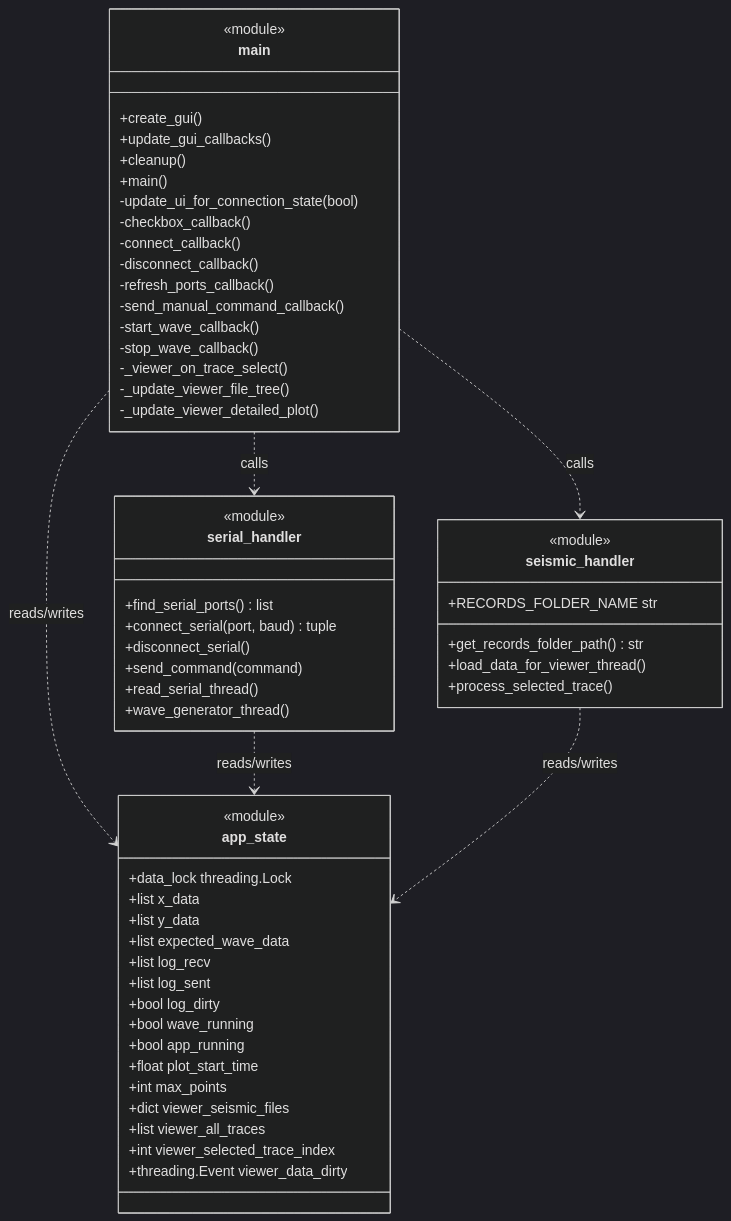
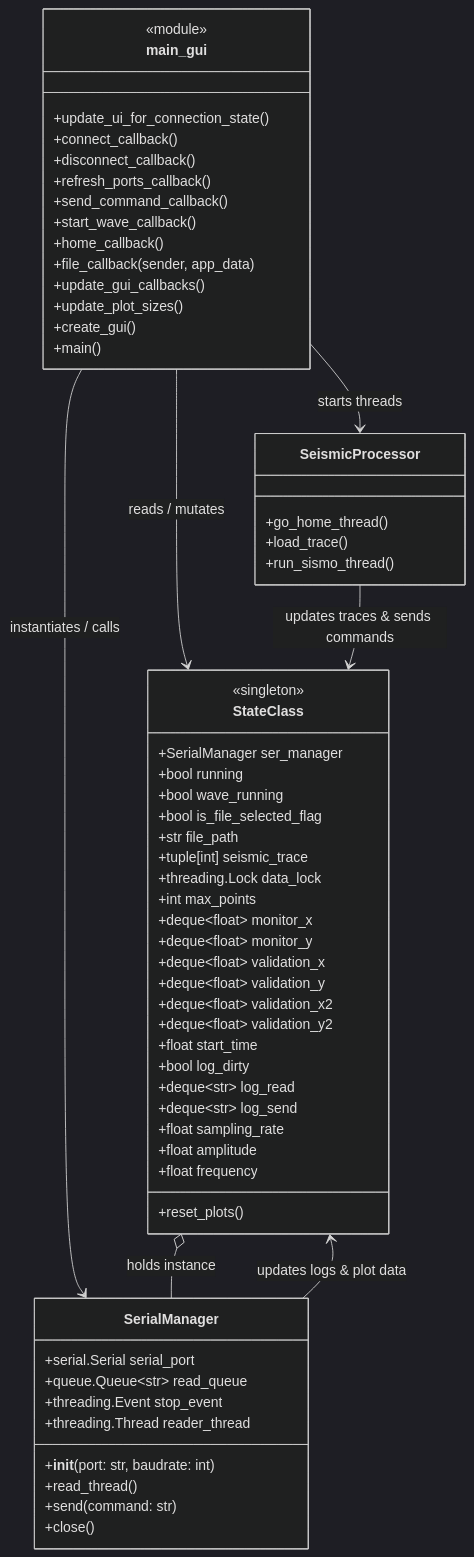
The second of 3 diagrams in README.md (jsebastian2707/sistema-mesa-sismica), drawn with Mermaid (dark theme) before and after one commit.

Commit message:
update the class diagram

````diff
--- a/README.md
+++ b/README.md
@@ -40,65 +40,75 @@
 ```mermaid
 classDiagram
-    class app_state {
-        <<module>>
-        +data_lock threading.Lock
-        +list x_data
-        +list y_data
-        +list expected_wave_data
-        +list log_recv
-        +list log_sent
+
+    %% STATE MANAGEMENT
+    class StateClass {
+        <<singleton>>
+        +SerialManager ser_manager
+        +bool running
+        +bool wave_running
+        +bool is_file_selected_flag
+        +str file_path
+        +tuple[int] seismic_trace
+        +threading.Lock data_lock
+        +int max_points
+        +deque~float~ monitor_x
+        +deque~float~ monitor_y
+        +deque~float~ validation_x
+        +deque~float~ validation_y
+        +deque~float~ validation_x2
+        +deque~float~ validation_y2
+        +float start_time
         +bool log_dirty
-        +bool wave_running
-        +bool app_running
-        +float plot_start_time
-        +int max_points
-        +dict viewer_seismic_files
-        +list viewer_all_traces
-        +int viewer_selected_trace_index
-        +threading.Event viewer_data_dirty
+        +deque~str~ log_read
+        +deque~str~ log_send
+        +float sampling_rate
+        +float amplitude
+        +float frequency
+        +reset_plots()
     }
 
-    class main {
-        <<module>>
-        +create_gui()
-        +update_gui_callbacks()
-        +cleanup()
-        +main()
-        -update_ui_for_connection_state(bool)
-        -checkbox_callback()
-        -connect_callback()
-        -disconnect_callback()
-        -refresh_ports_callback()
-        -send_manual_command_callback()
-        -start_wave_callback()
-        -stop_wave_callback()
-        -_viewer_on_trace_select()
-        -_update_viewer_file_tree()
-        -_update_viewer_detailed_plot()
+    %% HARDWARE COMMS
+    class SerialManager {
+        +serial.Serial serial_port
+        +queue.Queue~str~ read_queue
+        +threading.Event stop_event
+        +threading.Thread reader_thread
+        +__init__(port: str, baudrate: int)
+        +read_thread()
+        +send(command: str)
+        +close()
     }
 
-    class serial_handler {
-        <<module>>
-        +find_serial_ports() list
-        +connect_serial(port, baud) tuple
-        +disconnect_serial()
-        +send_command(command)
-        +read_serial_thread()
-        +wave_generator_thread()
+    %% DATA PROCESSING
+    class SeismicProcessor {
+        +go_home_thread()
+        +load_trace()
+        +run_sismo_thread()
     }
 
-    class seismic_handler {
+    %% MAIN GUI MODULE
+    class main_gui {
         <<module>>
-        +RECORDS_FOLDER_NAME str
-        +get_records_folder_path() str
-        +load_data_for_viewer_thread()
-        +process_selected_trace()
+        +update_ui_for_connection_state()
+        +connect_callback()
+        +disconnect_callback()
+        +refresh_ports_callback()
+        +send_command_callback()
+        +start_wave_callback()
+        +home_callback()
+        +file_callback(sender, app_data)
+        +update_gui_callbacks()
+        +update_plot_sizes()
+        +create_gui()
+        +main()
     }
-    
-    main ..> app_state : reads/writes
-    main ..> serial_handler : calls
-    main ..> seismic_handler : calls
 
-    serial_handler ..> app_state : reads/writes
-    seismic_handler ..> app_state : reads/writes
+    %% RELACIONES
+    main_gui --> StateClass : reads / mutates
+    main_gui --> SerialManager : instantiates / calls
+    main_gui --> SeismicProcessor : starts threads
+
+    StateClass o-- SerialManager : holds instance
+    SeismicProcessor --> StateClass : updates traces & sends commands
+    SerialManager --> StateClass : updates logs & plot data
 ```
````
